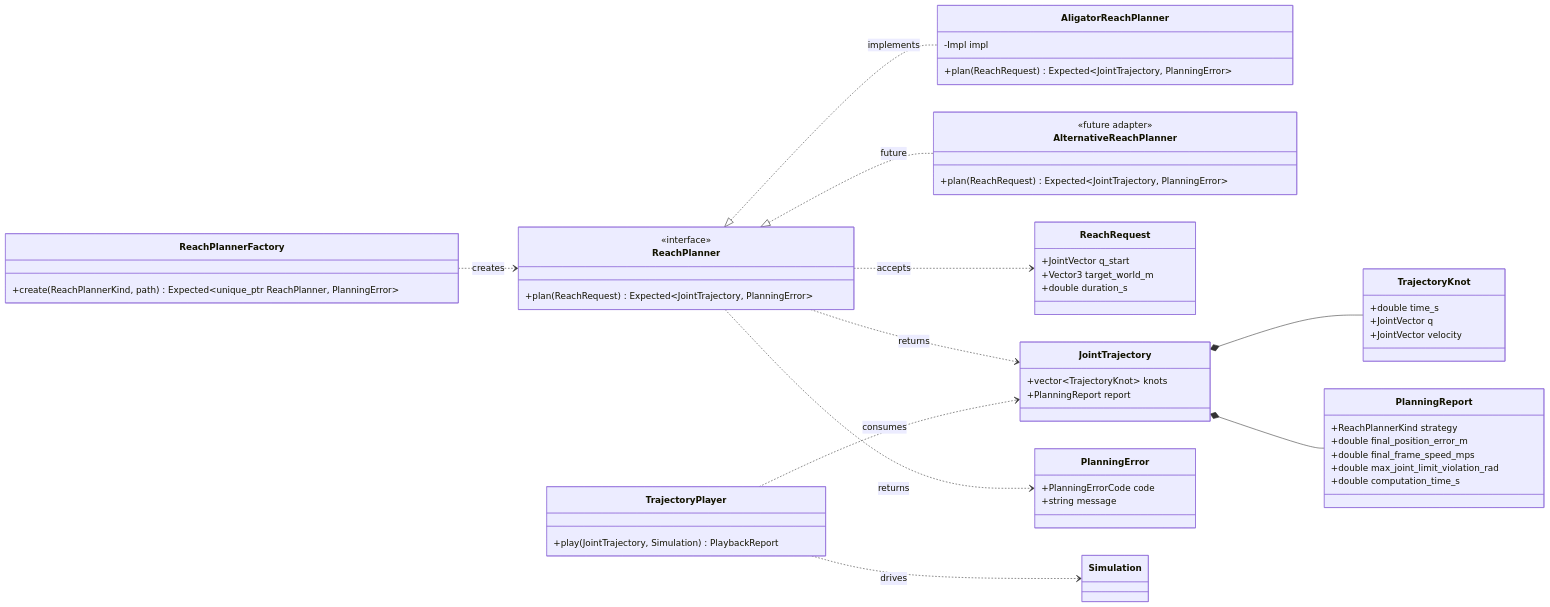
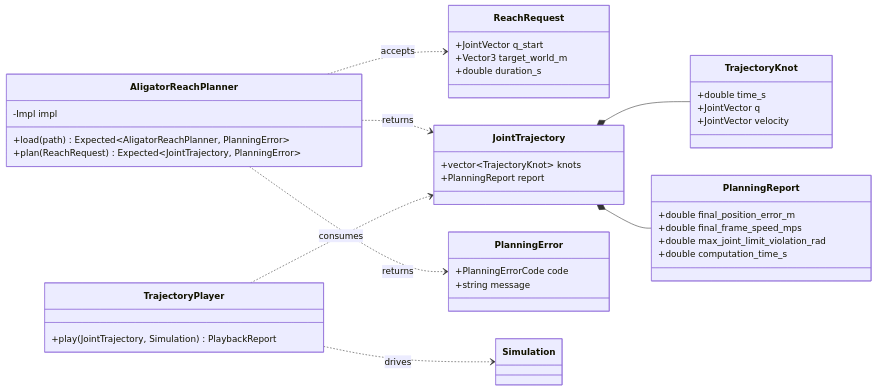
Before and after one commit to rdesarz/arm-motion-planning: the diagram in specs/001-aligator-reach-trajectory.md, drawn with Mermaid. The commit also changed other lines of this file and 17 other files, not shown here.

````diff
--- a/specs/001-aligator-reach-trajectory.md
+++ b/specs/001-aligator-reach-trajectory.md
@@ -288,70 +253,53 @@
 ```mermaid
 classDiagram
     direction LR
 
-    class ReachPlanner {
-        <<interface>>
+    class AligatorReachPlanner {
+        +load(path) Expected~AligatorReachPlanner, PlanningError~
         +plan(ReachRequest) Expected~JointTrajectory, PlanningError~
-    }
-
-    class AligatorReachPlanner {
         -Impl impl
-        +plan(ReachRequest) Expected~JointTrajectory, PlanningError~
-    }
-
-    class AlternativeReachPlanner {
-        <<future adapter>>
-        +plan(ReachRequest) Expected~JointTrajectory, PlanningError~
-    }
-
-    class ReachPlannerFactory {
-        +create(ReachPlannerKind, path) Expected~unique_ptr ReachPlanner, PlanningError~
     }
 
     class ReachRequest {
         +JointVector q_start
         +Vector3 target_world_m
         +double duration_s
     }
 
     class JointTrajectory {
         +vector~TrajectoryKnot~ knots
         +PlanningReport report
     }
 
     class TrajectoryKnot {
         +double time_s
         +JointVector q
         +JointVector velocity
     }
 
     class PlanningReport {
-        +ReachPlannerKind strategy
         +double final_position_error_m
         +double final_frame_speed_mps
         +double max_joint_limit_violation_rad
         +double computation_time_s
     }
 
     class PlanningError {
         +PlanningErrorCode code
         +string message
     }
 
     class TrajectoryPlayer {
         +play(JointTrajectory, Simulation) PlaybackReport
     }
 
     class Simulation
 
-    ReachPlanner <|.. AligatorReachPlanner : implements
-    ReachPlanner <|.. AlternativeReachPlanner : future
-    ReachPlannerFactory ..> ReachPlanner : creates
-    ReachPlanner ..> ReachRequest : accepts
-    ReachPlanner ..> JointTrajectory : returns
-    ReachPlanner ..> PlanningError : returns
+    AligatorReachPlanner ..> ReachRequest : accepts
+    AligatorReachPlanner ..> JointTrajectory : returns
+    AligatorReachPlanner ..> PlanningError : returns
     JointTrajectory *-- TrajectoryKnot
     JointTrajectory *-- PlanningReport
     TrajectoryPlayer ..> JointTrajectory : consumes
     TrajectoryPlayer ..> Simulation : drives
 ```
````
